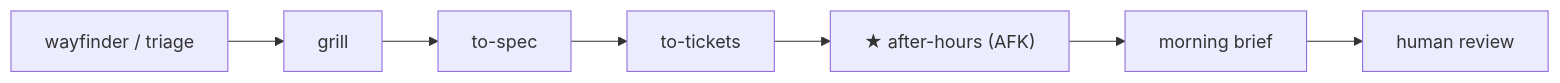
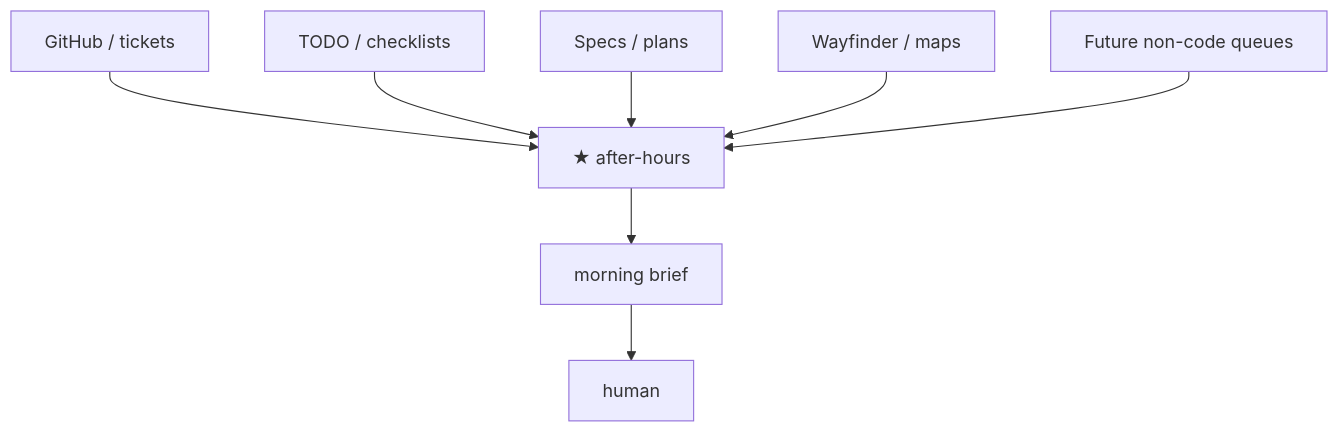
Before and after one commit to jjheffernan/heff-skills: the diagram in docs/composition.md, drawn with Mermaid. The commit also changed other lines of this file and 8 other files, not shown here.

First line of the commit message:
docs: make after-hours workflow-agnostic in plan and README

````diff
--- a/docs/composition.md
+++ b/docs/composition.md
@@ -20,9 +22,15 @@
 ```mermaid
-flowchart LR
-  W[wayfinder / triage] --> G[grill]
-  G --> S[to-spec]
-  S --> T[to-tickets]
-  T --> AHL["★ after-hours (AFK)"]
-  AHL --> B[morning brief]
-  B --> H[human review]
+flowchart TB
+  T1[GitHub / tickets]
+  T2[TODO / checklists]
+  T3[Specs / plans]
+  T4[Wayfinder / maps]
+  T5[Future non-code queues]
+  T1 --> AHL
+  T2 --> AHL
+  T3 --> AHL
+  T4 --> AHL
+  T5 --> AHL
+  AHL["★ after-hours"] --> B[morning brief]
+  B --> H[human]
 ```
````
